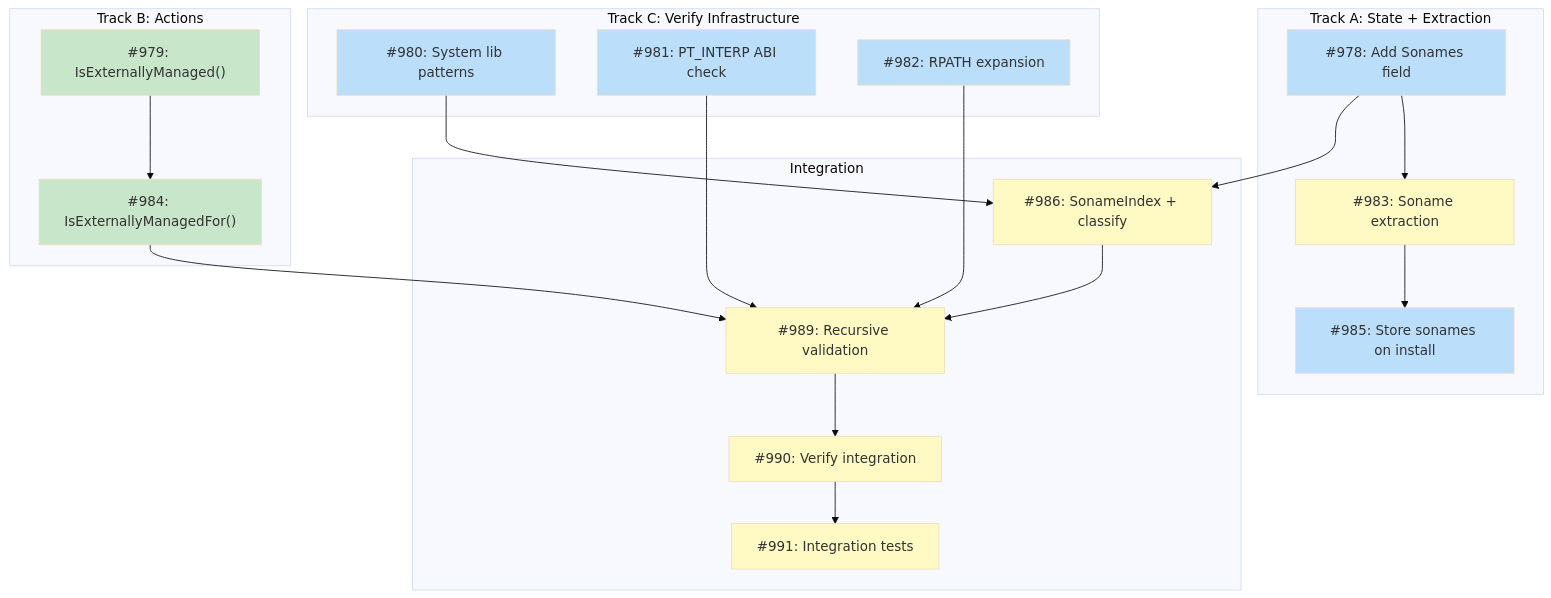
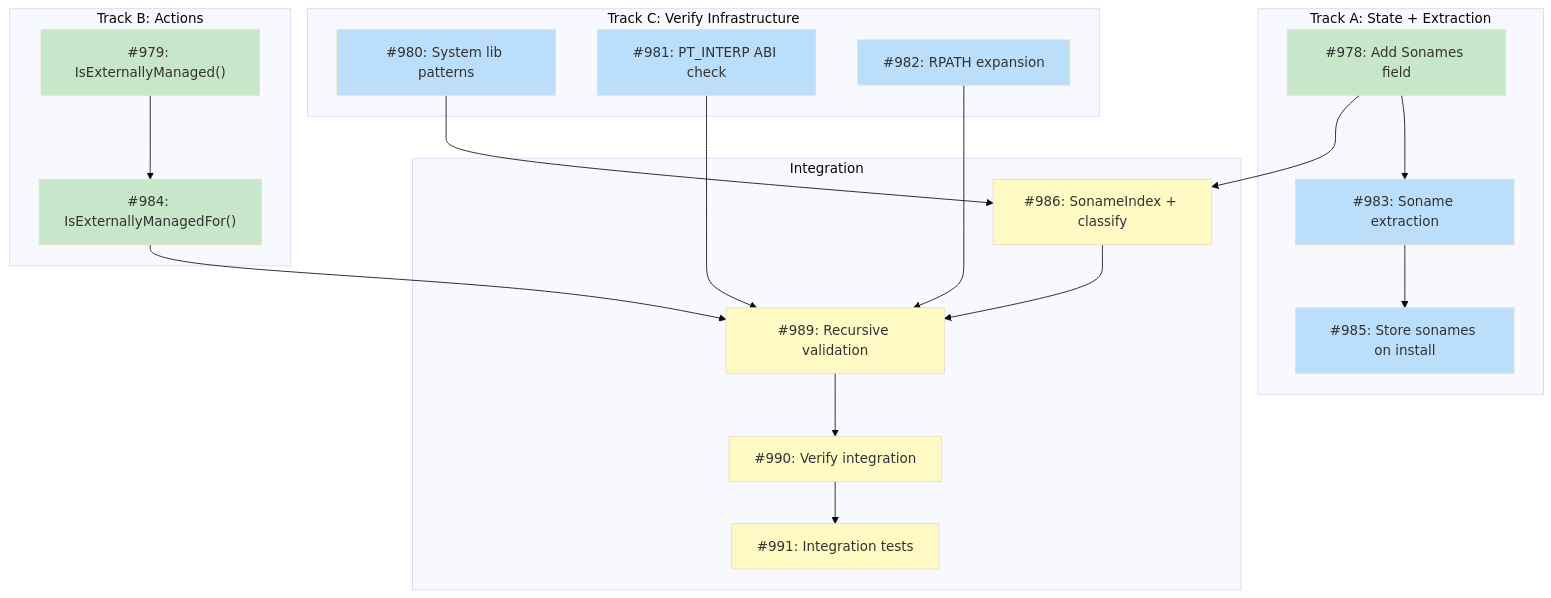
One commit to tsukumogami/tsuku changed the diagram in docs/designs/DESIGN-library-verify-deps.md. Above: the diagram before and after it, drawn with Mermaid (base theme). The commit also changed 3 other files, not shown here.

````diff
--- a/docs/designs/DESIGN-library-verify-deps.md
+++ b/docs/designs/DESIGN-library-verify-deps.md
@@ -26,47 +26,47 @@
 ```mermaid
 graph TD
     subgraph TrackA["Track A: State + Extraction"]
         I978["#978: Add Sonames field"]
         I983["#983: Soname extraction"]
         I985["#985: Store sonames on install"]
     end
 
     subgraph TrackB["Track B: Actions"]
         I979["#979: IsExternallyManaged()"]
         I984["#984: IsExternallyManagedFor()"]
     end
 
     subgraph TrackC["Track C: Verify Infrastructure"]
         I980["#980: System lib patterns"]
         I981["#981: PT_INTERP ABI check"]
         I982["#982: RPATH expansion"]
     end
 
     subgraph Integration["Integration"]
         I986["#986: SonameIndex + classify"]
         I989["#989: Recursive validation"]
         I990["#990: Verify integration"]
         I991["#991: Integration tests"]
     end
 
     I978 --> I983
     I983 --> I985
     I979 --> I984
     I978 --> I986
     I980 --> I986
     I981 --> I989
     I982 --> I989
     I984 --> I989
     I986 --> I989
     I989 --> I990
     I990 --> I991
 
     classDef done fill:#c8e6c9
     classDef ready fill:#bbdefb
     classDef blocked fill:#fff9c4
     classDef needsDesign fill:#e1bee7
 
-    class I979,I984 done
-    class I978,I980,I981,I982,I985 ready
-    class I983,I986,I989,I990,I991 blocked
+    class I978,I979,I984 done
+    class I980,I981,I982,I983,I985 ready
+    class I986,I989,I990,I991 blocked
 ```
````
